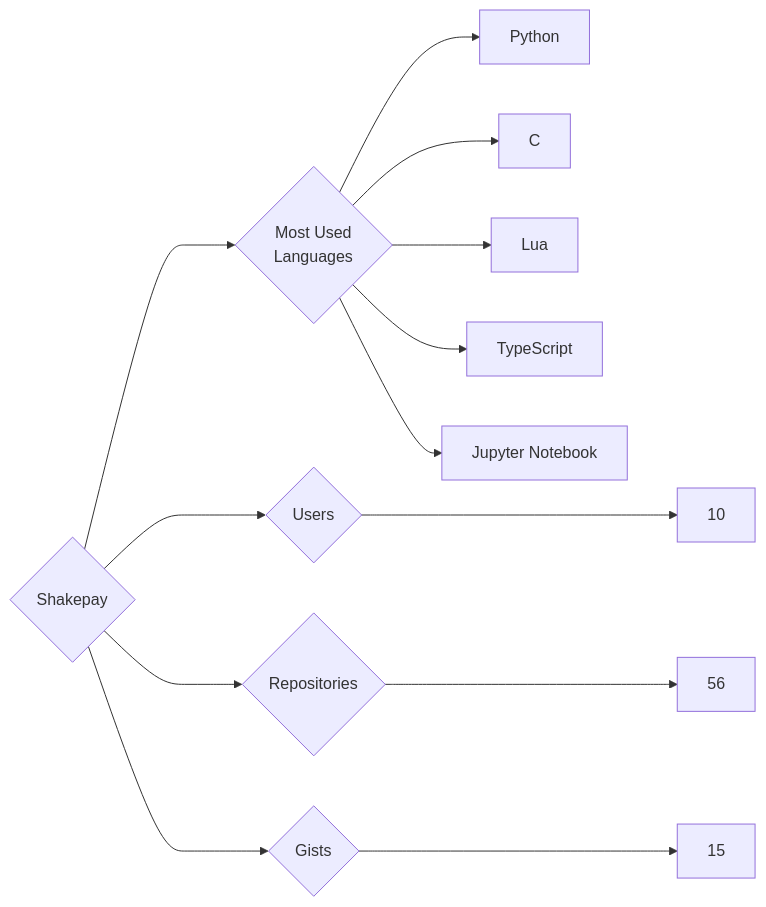
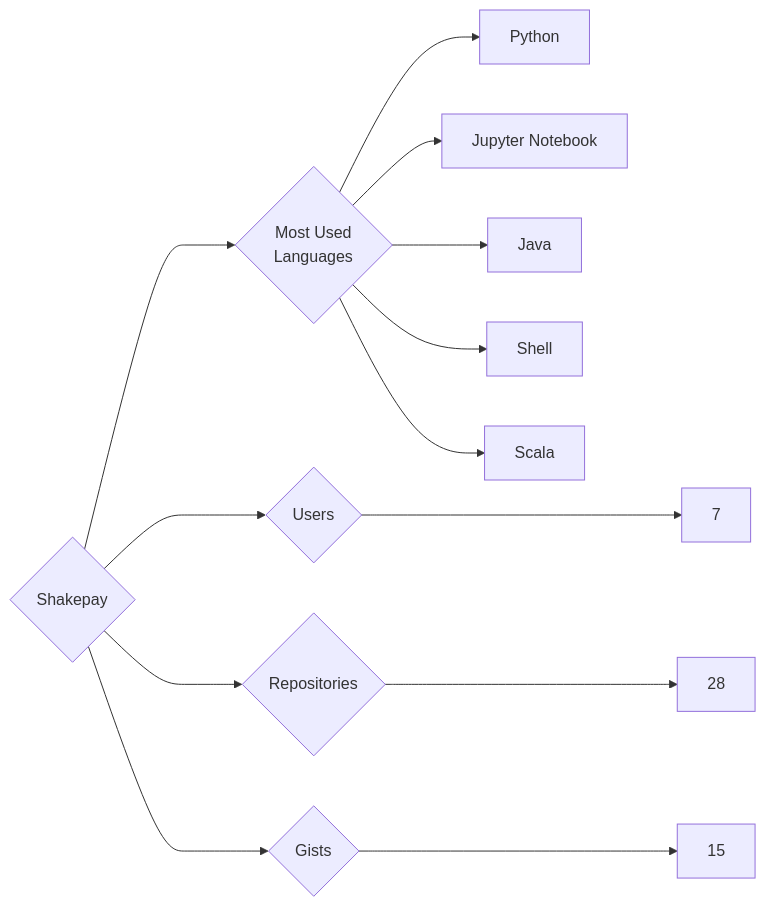
Before and after one commit to trickest/insiders: the diagram in targets/Shakepay/README.md, drawn with Mermaid. The commit also changed 1389 other files, not shown here.

````diff
--- a/targets/Shakepay/README.md
+++ b/targets/Shakepay/README.md
@@ -3,13 +3,13 @@
 ```mermaid
 graph LR
 COMPANY_NAME{Shakepay}
-COMPANY_NAME ---> U{Users} ---> UN[10]
-COMPANY_NAME ---> R{Repositories} ---> RN[56]
+COMPANY_NAME ---> U{Users} ---> UN[7]
+COMPANY_NAME ---> R{Repositories} ---> RN[28]
 COMPANY_NAME ---> G{Gists} ---> GN[15]
 COMPANY_NAME ---> ML{Most Used<br>Languages}
 ML --> Python[Python]
-ML --> C[C]
-ML --> Lua[Lua]
-ML --> TypeScript[TypeScript]
 ML --> Jupyter_Notebook[Jupyter Notebook]
+ML --> Java[Java]
+ML --> Shell[Shell]
+ML --> Scala[Scala]
 ```
````
